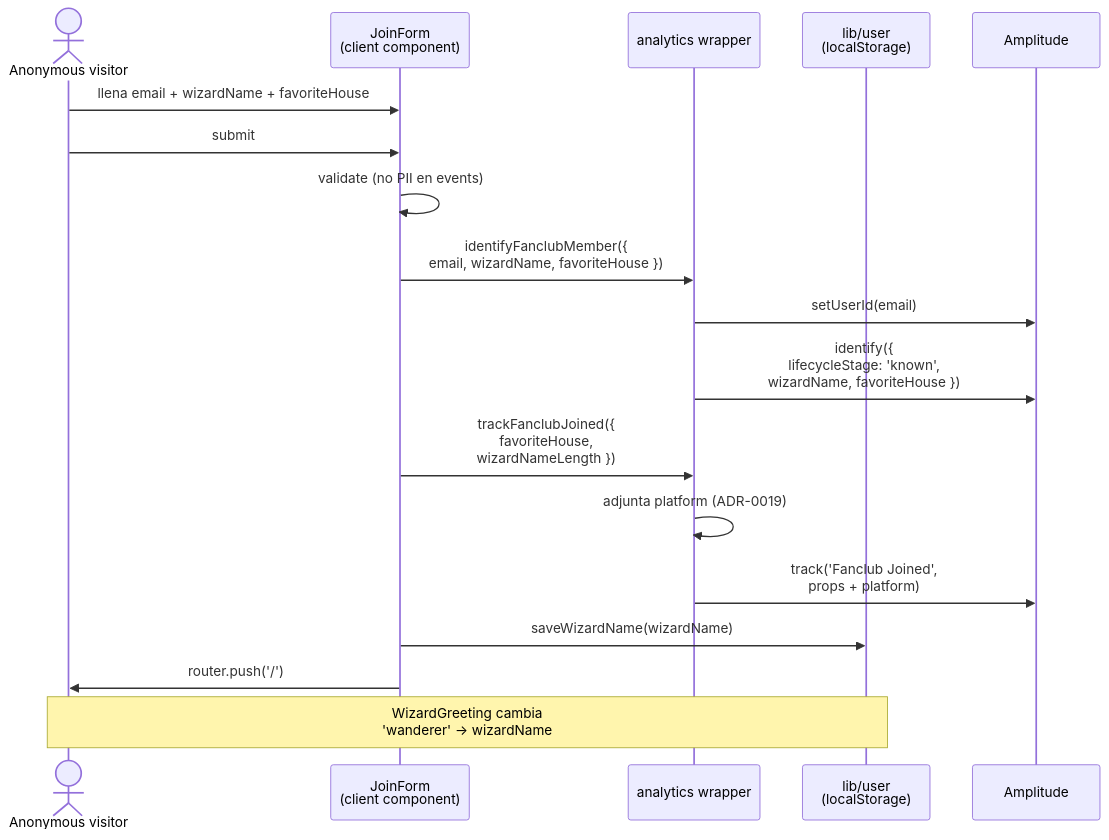
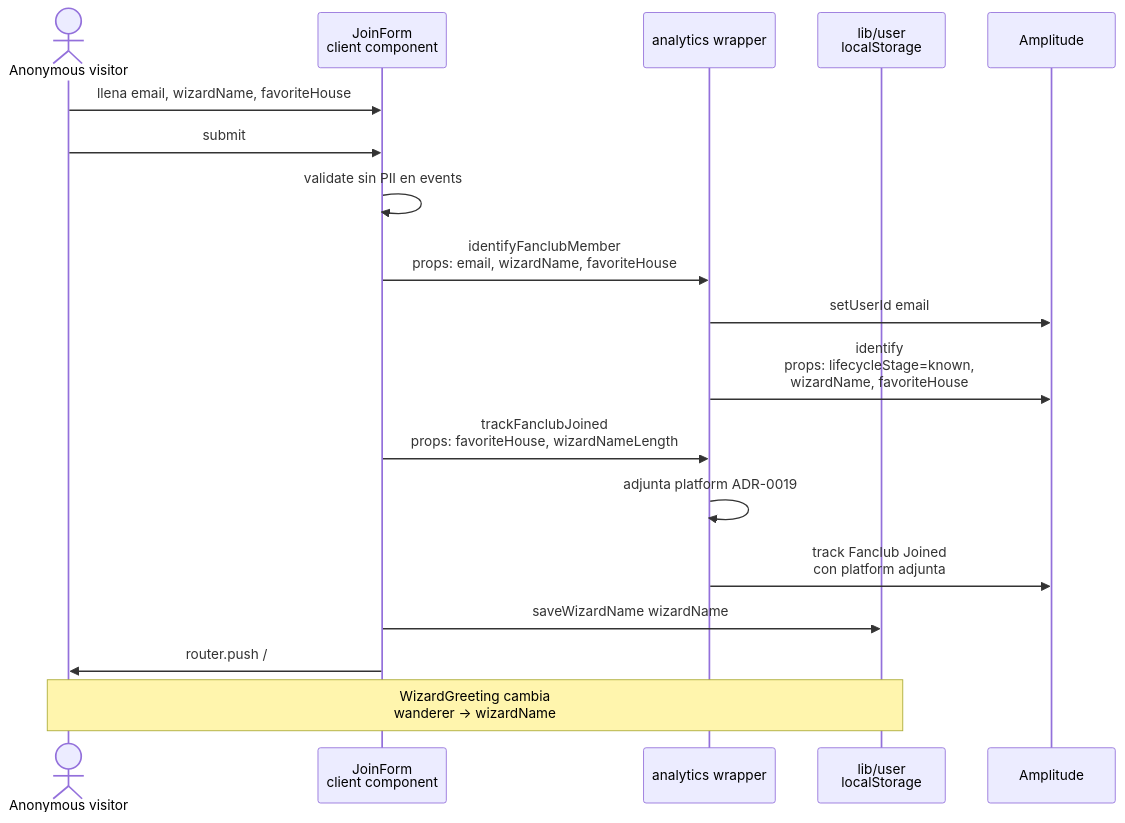
The second of 2 diagrams in docs/diagrams/lld-amplitude-flow.md (PKerty/wizard-hub), drawn with Mermaid before and after one commit. The commit also changed other lines of this file and 2 other files, not shown here.

Commit message:
fix(diagrams): sanitize mermaid syntax for strict security level
GitHub renders Mermaid with securityLevel='strict' which rejects special
characters inside flowchart edge labels, sequence messages, and state
descriptions. Wrapped edge labels in quotes and stripped (), {}, +, ', "
from messages/descriptions. No semantic change.

Fixes render error reported in PR #14 around HLD line 41.

````diff
--- a/docs/diagrams/lld-amplitude-flow.md
+++ b/docs/diagrams/lld-amplitude-flow.md
@@ -24,21 +24,21 @@
 ```mermaid
 sequenceDiagram
     actor U as Anonymous visitor
-    participant F as JoinForm<br/>(client component)
+    participant F as JoinForm<br/>client component
     participant W as analytics wrapper
-    participant L as lib/user<br/>(localStorage)
+    participant L as lib/user<br/>localStorage
     participant AM as Amplitude
 
-    U->>F: llena email + wizardName + favoriteHouse
+    U->>F: llena email, wizardName, favoriteHouse
     U->>F: submit
-    F->>F: validate (no PII en events)
-    F->>W: identifyFanclubMember({<br/>  email, wizardName, favoriteHouse })
-    W->>AM: setUserId(email)
-    W->>AM: identify({<br/>  lifecycleStage: 'known',<br/>  wizardName, favoriteHouse })
-    F->>W: trackFanclubJoined({<br/>  favoriteHouse,<br/>  wizardNameLength })
-    W->>W: adjunta platform (ADR-0019)
-    W->>AM: track('Fanclub Joined',<br/>  props + platform)
-    F->>L: saveWizardName(wizardName)
-    F->>U: router.push('/')
-    Note over U,L: WizardGreeting cambia<br/>'wanderer' → wizardName
+    F->>F: validate sin PII en events
+    F->>W: identifyFanclubMember<br/>props: email, wizardName, favoriteHouse
+    W->>AM: setUserId email
+    W->>AM: identify<br/>props: lifecycleStage=known,<br/>wizardName, favoriteHouse
+    F->>W: trackFanclubJoined<br/>props: favoriteHouse, wizardNameLength
+    W->>W: adjunta platform ADR-0019
+    W->>AM: track Fanclub Joined<br/>con platform adjunta
+    F->>L: saveWizardName wizardName
+    F->>U: router.push /
+    Note over U,L: WizardGreeting cambia<br/>wanderer → wizardName
 ```
````
